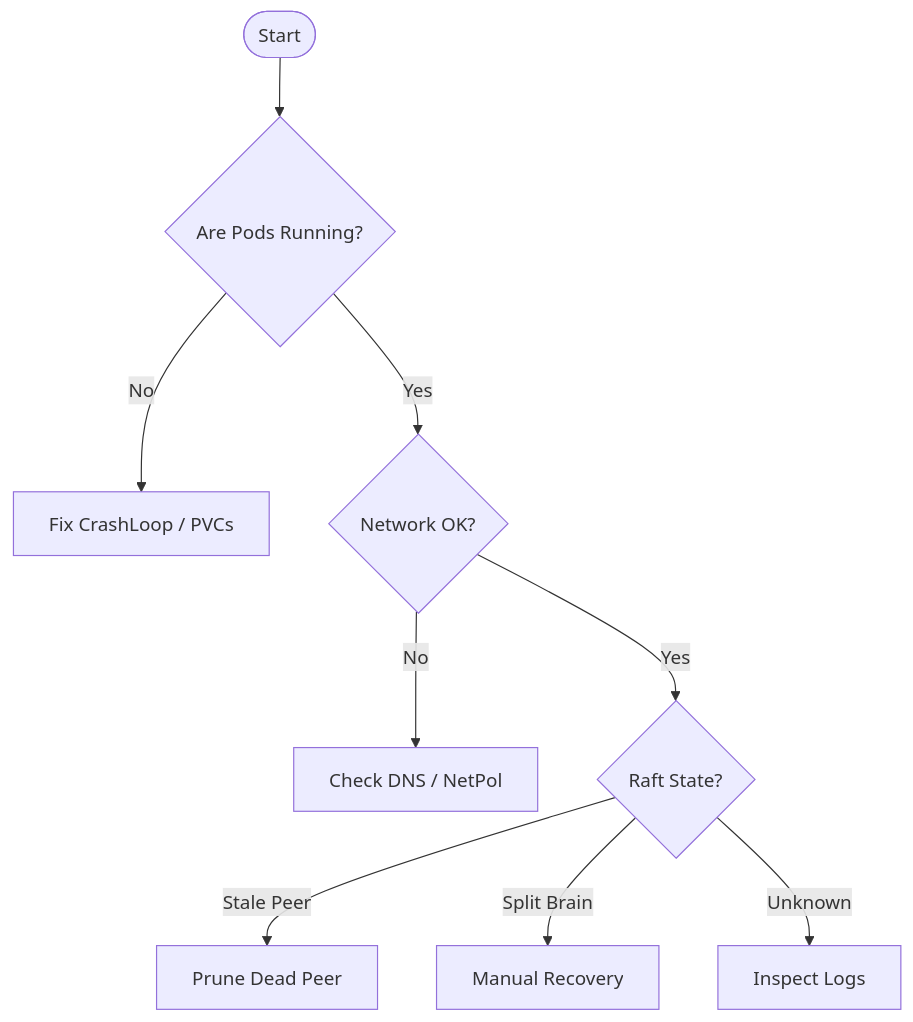
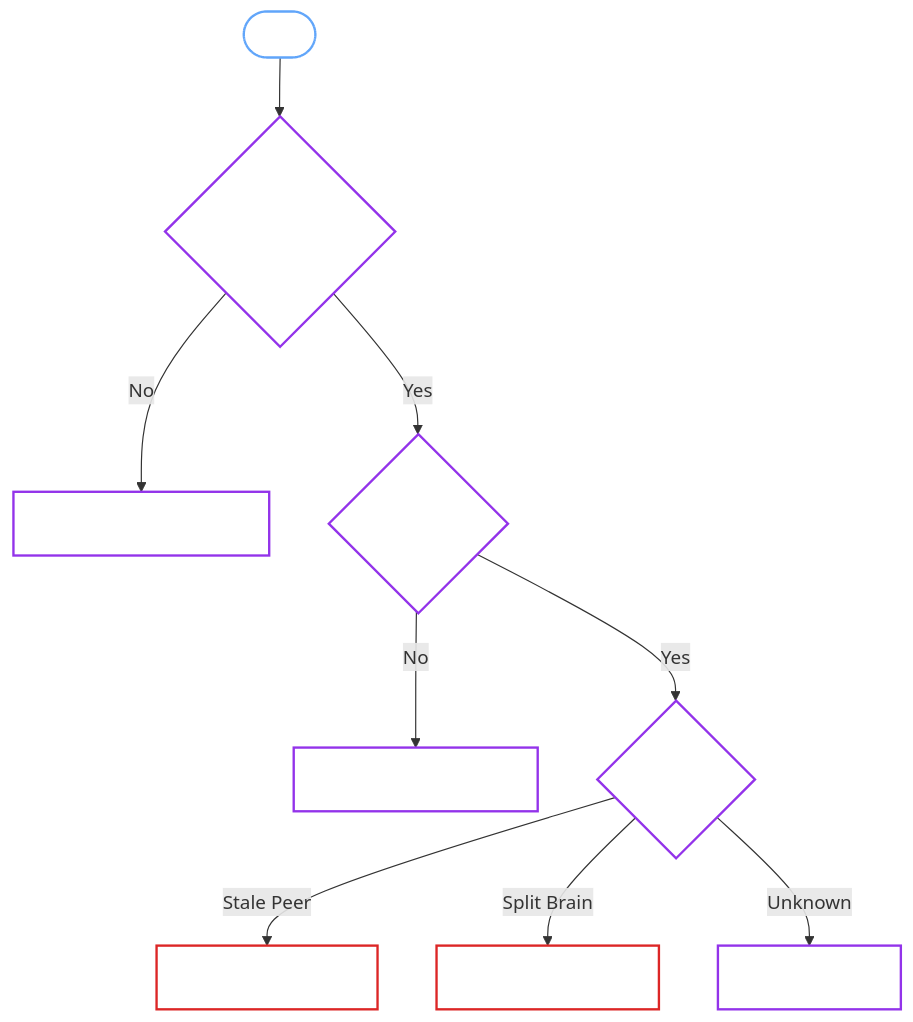
The diagram in docs/user-guide/openbaocluster/recovery/no-leader.md (dc-tec/openbao-operator), drawn with Mermaid before and after one commit. The commit also changed 48 other files, not shown here.

````diff
--- a/docs/user-guide/openbaocluster/recovery/no-leader.md
+++ b/docs/user-guide/openbaocluster/recovery/no-leader.md
@@ -12,13 +12,23 @@
 ```mermaid
 graph TD
     Start(["Start"]) --> CheckPods{"Are Pods Running?"}
     CheckPods -- No --> FixPods["Fix CrashLoop / PVCs"]
     CheckPods -- Yes --> CheckNet{"Network OK?"}
     
     CheckNet -- No --> FixNet["Check DNS / NetPol"]
     CheckNet -- Yes --> CheckRaft{"Raft State?"}
     
     CheckRaft -- "Stale Peer" --> RemovePeer["Prune Dead Peer"]
     CheckRaft -- "Split Brain" --> ManualRec["Manual Recovery"]
     CheckRaft -- "Unknown" --> Logs["Inspect Logs"]
+
+    classDef read fill:transparent,stroke:#60a5fa,stroke-width:2px,color:#fff;
+    classDef write fill:transparent,stroke:#22c55e,stroke-width:2px,color:#fff;
+    classDef security fill:transparent,stroke:#dc2626,stroke-width:2px,color:#fff;
+    classDef process fill:transparent,stroke:#9333ea,stroke-width:2px,color:#fff;
+
+    class Start read;
+    class CheckPods,CheckNet,CheckRaft process;
+    class FixPods,FixNet,Logs process;
+    class RemovePeer,ManualRec security;
 ```
````
